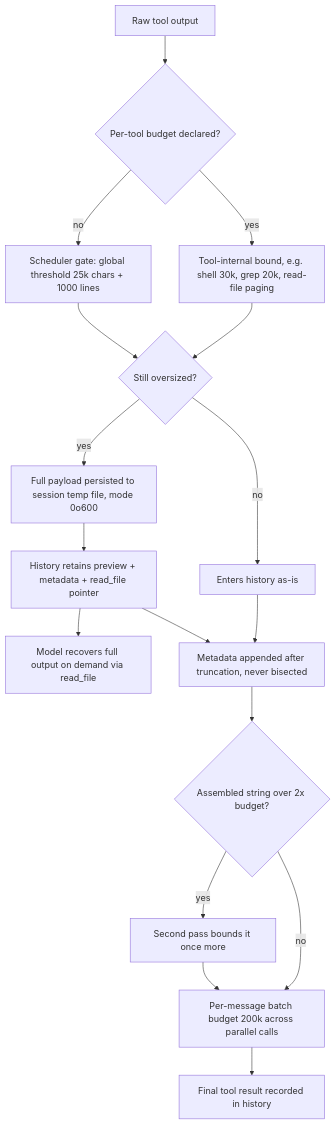
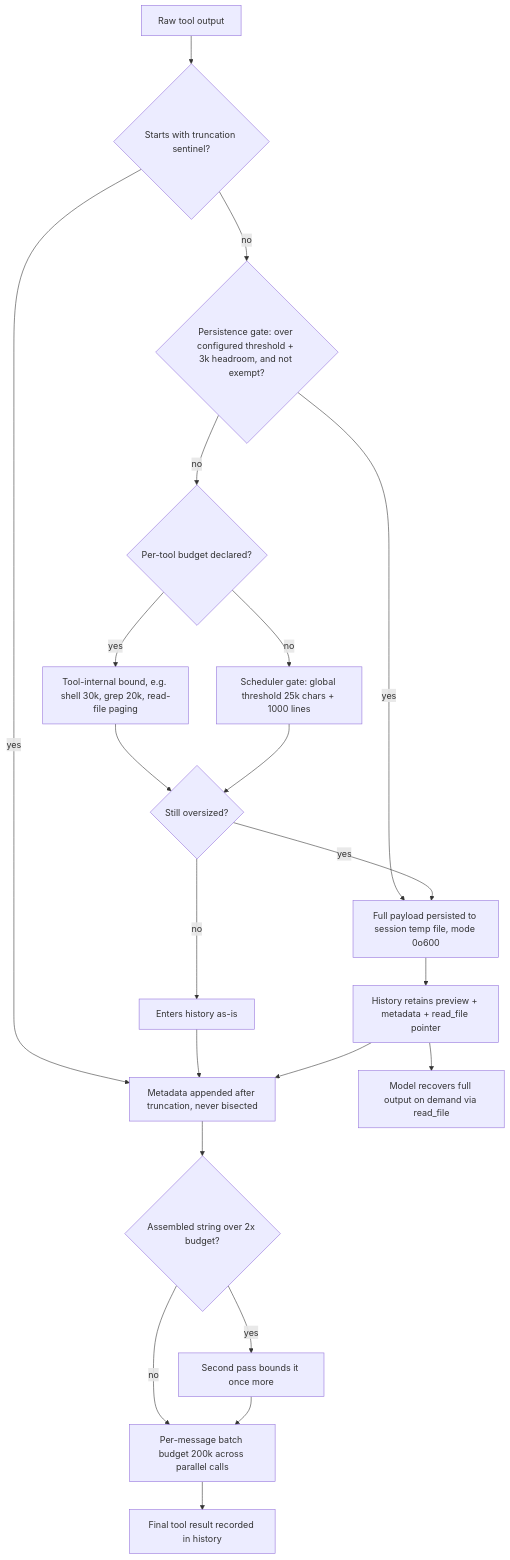
One commit to QwenLM/qwen-code changed the diagram in docs/design/2026-08-10-tool-output-offload-preview.md. Above: the diagram before and after it, drawn with Mermaid. The commit also changed other lines of this file and 5 other files, not shown here.

````diff
--- a/docs/design/2026-08-10-tool-output-offload-preview.md
+++ b/docs/design/2026-08-10-tool-output-offload-preview.md
@@ -21,19 +21,23 @@
 ```mermaid
 graph TB
-    A[Raw tool output] --> B{Per-tool budget declared?}
+    A[Raw tool output] --> S{Starts with truncation sentinel?}
+    S -- yes --> J[Metadata appended after truncation, never bisected]
+    S -- no --> G{Persistence gate: over configured threshold + 3k headroom, and not exempt?}
+    G -- yes --> F[Full payload persisted to session temp file, mode 0o600]
+    G -- no --> B{Per-tool budget declared?}
     B -- yes --> C[Tool-internal bound, e.g. shell 30k, grep 20k, read-file paging]
     B -- no --> D[Scheduler gate: global threshold 25k chars + 1000 lines]
     C --> E{Still oversized?}
     D --> E
     E -- no --> H[Enters history as-is]
-    E -- yes --> F[Full payload persisted to session temp file, mode 0o600]
-    F --> G[History retains preview + metadata + read_file pointer]
-    G --> I[Model recovers full output on demand via read_file]
-    H --> J[Metadata appended after truncation, never bisected]
-    G --> J
+    E -- yes --> F
+    F --> I2[History retains preview + metadata + read_file pointer]
+    I2 --> I[Model recovers full output on demand via read_file]
+    H --> J
+    I2 --> J
     J --> K{Assembled string over 2x budget?}
     K -- yes --> L[Second pass bounds it once more]
     K -- no --> M[Per-message batch budget 200k across parallel calls]
     L --> M
     M --> N[Final tool result recorded in history]
 ```
````
